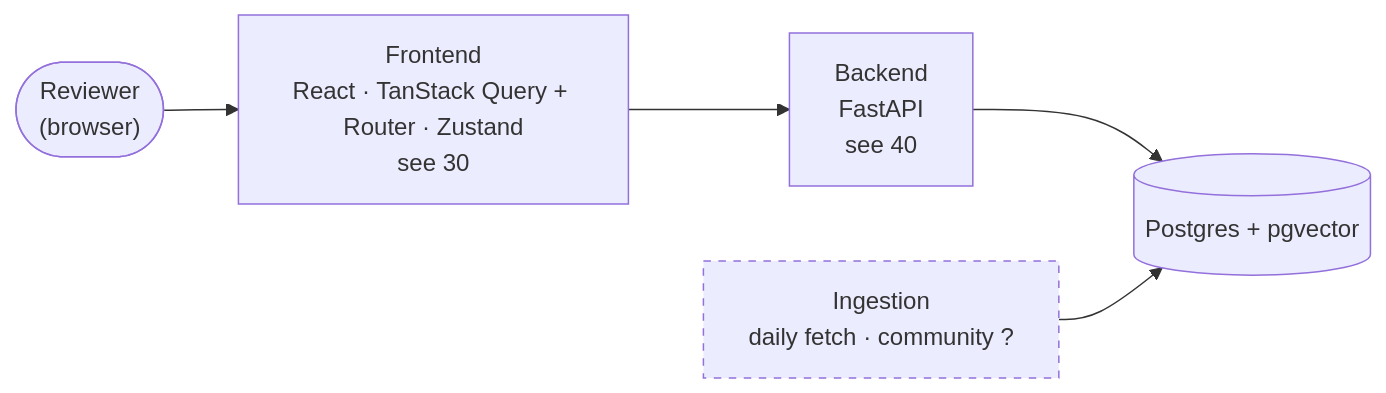
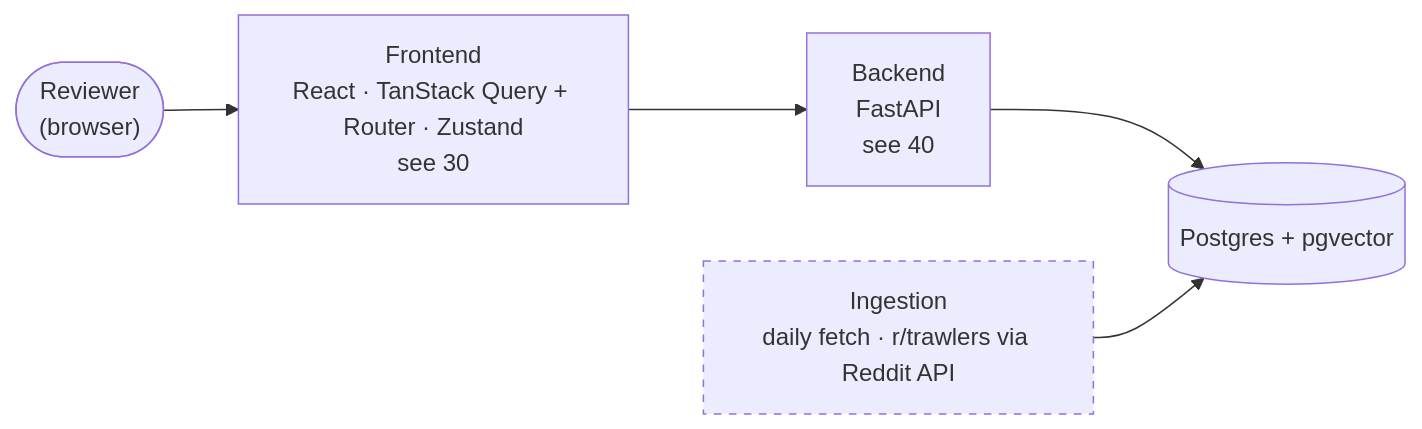
Before and after one commit to brianaderer/transcendent: the diagram in docs/atlas/01-system-map.md, drawn with Mermaid. The commit also changed other lines of this file and 2 other files, not shown here.

Commit message:
Atlas: community is r/trawlers via the Reddit API (OPEN-3 resolved)

````diff
--- a/docs/atlas/01-system-map.md
+++ b/docs/atlas/01-system-map.md
@@ -9,16 +9,16 @@
 ```mermaid
 flowchart LR
     USER(["Reviewer<br/>(browser)"])
     FE["Frontend<br/>React · TanStack Query + Router · Zustand<br/>see 30"]
     API["Backend<br/>FastAPI<br/>see 40"]
     STORE[("Postgres + pgvector")]
-    INGEST["Ingestion<br/>daily fetch · community ?"]
+    INGEST["Ingestion<br/>daily fetch · r/trawlers via Reddit API"]
 
     USER --> FE
     FE --> API
     API --> STORE
     INGEST --> STORE
 
     classDef open stroke-dasharray: 5 5
     class INGEST open
 ```
````
